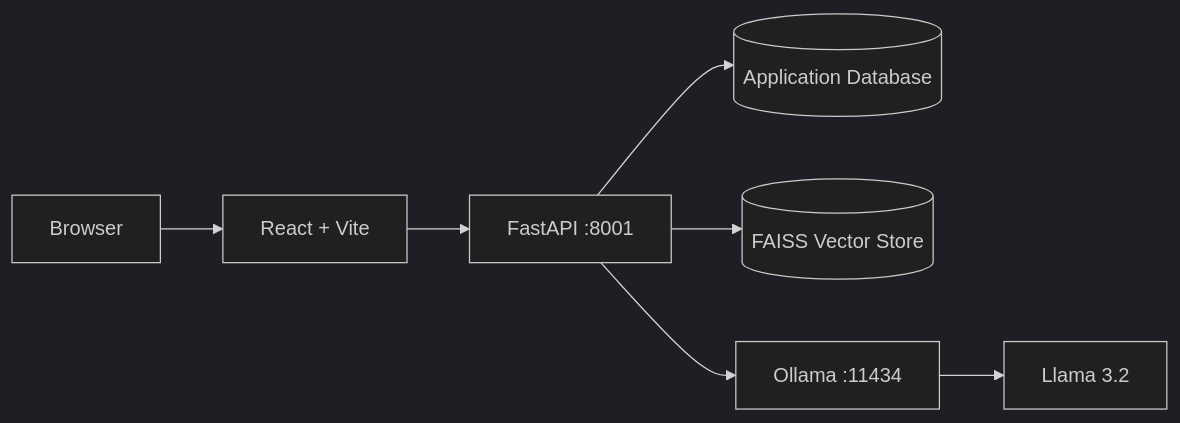
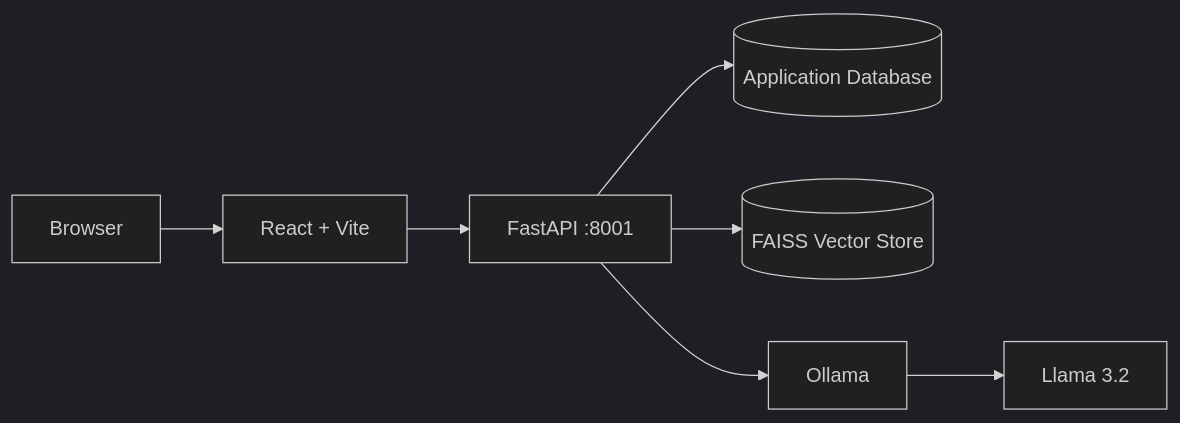
The eighth of 15 diagrams in README.md (NAITIKK682/ProfessorMindAI), drawn with Mermaid (dark theme) before and after one commit. The commit also changed other lines of this file, not shown here.

````diff
--- a/README.md
+++ b/README.md
@@ -1512,24 +1635,18 @@
 ```mermaid
 flowchart LR
 
     BROWSER[Browser]
-
     FRONTEND[React + Vite]
-
     BACKEND[FastAPI :8001]
-
     DATABASE[(Application Database)]
-
     FAISS[(FAISS Vector Store)]
-
-    OLLAMA[Ollama :11434]
-
+    OLLAMA[Ollama]
     LLAMA[Llama 3.2]
 
     BROWSER --> FRONTEND
     FRONTEND --> BACKEND
     BACKEND --> DATABASE
     BACKEND --> FAISS
     BACKEND --> OLLAMA
     OLLAMA --> LLAMA
 ```
````
